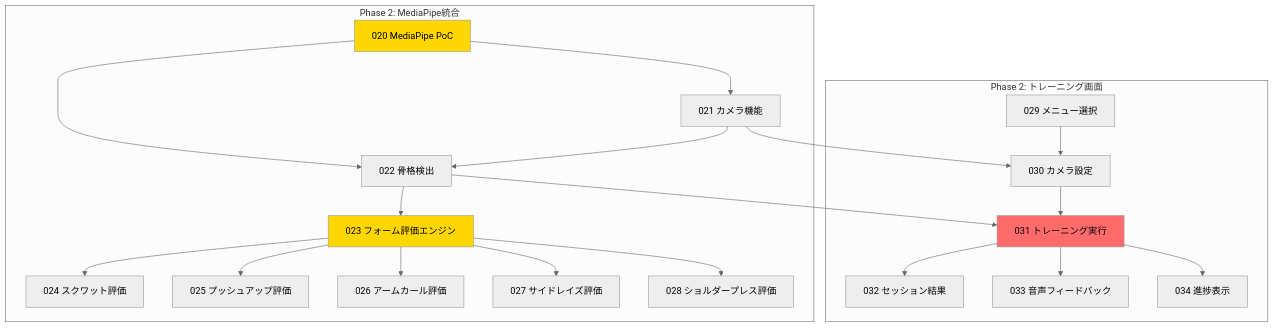
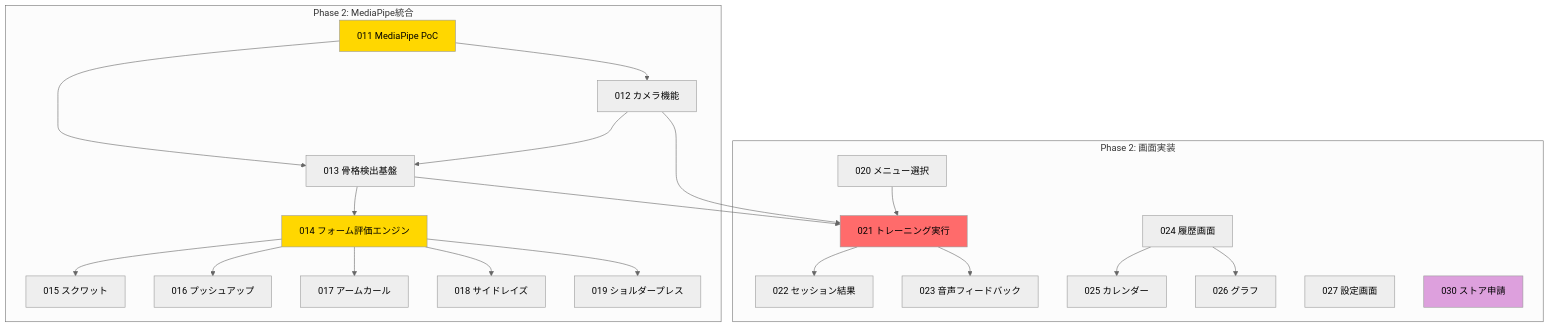
The third of 3 diagrams in docs/expo/tickets/000-ticket-overview.md (Daiki01234567/ai_fitness_app), drawn with Mermaid (neutral theme) before and after one commit. The commit also changed other lines of this file and 118 other files, not shown here.

````diff
--- a/docs/expo/tickets/000-ticket-overview.md
+++ b/docs/expo/tickets/000-ticket-overview.md
@@ -256,45 +278,49 @@
 ```mermaid
 graph TD
     subgraph Phase2_MediaPipe[Phase 2: MediaPipe統合]
-        020[020 MediaPipe PoC]
-        021[021 カメラ機能]
-        022[022 骨格検出]
-        023[023 フォーム評価エンジン]
-        024[024 スクワット評価]
-        025[025 プッシュアップ評価]
-        026[026 アームカール評価]
-        027[027 サイドレイズ評価]
-        028[028 ショルダープレス評価]
+        011[011 MediaPipe PoC]
+        012[012 カメラ機能]
+        013[013 骨格検出基盤]
+        014[014 フォーム評価エンジン]
+        015[015 スクワット]
+        016[016 プッシュアップ]
+        017[017 アームカール]
+        018[018 サイドレイズ]
+        019[019 ショルダープレス]
+
+        011 --> 012
+        011 --> 013
+        012 --> 013
+        013 --> 014
+        014 --> 015
+        014 --> 016
+        014 --> 017
+        014 --> 018
+        014 --> 019
+    end
+
+    subgraph Phase2_Screen[Phase 2: 画面実装]
+        020[020 メニュー選択]
+        021[021 トレーニング実行]
+        022[022 セッション結果]
+        023[023 音声フィードバック]
+        024[024 履歴画面]
+        025[025 カレンダー]
+        026[026 グラフ]
+        027[027 設定画面]
+        030[030 ストア申請]
 
         020 --> 021
-        020 --> 022
+        013 --> 021
+        012 --> 021
         021 --> 022
-        022 --> 023
-        023 --> 024
-        023 --> 025
-        023 --> 026
-        023 --> 027
-        023 --> 028
+        021 --> 023
+        024 --> 025
+        024 --> 026
     end
 
-    subgraph Phase2_Training[Phase 2: トレーニング画面]
-        029[029 メニュー選択]
-        030[030 カメラ設定]
-        031[031 トレーニング実行]
-        032[032 セッション結果]
-        033[033 音声フィードバック]
-        034[034 進捗表示]
-
-        029 --> 030
-        021 --> 030
-        022 --> 031
-        030 --> 031
-        031 --> 032
-        031 --> 033
-        031 --> 034
-    end
-
-    style 020 fill:#FFD700
-    style 023 fill:#FFD700
-    style 031 fill:#FF6B6B
+    style 011 fill:#FFD700
+    style 014 fill:#FFD700
+    style 021 fill:#FF6B6B
+    style 030 fill:#DDA0DD
 ```
````
